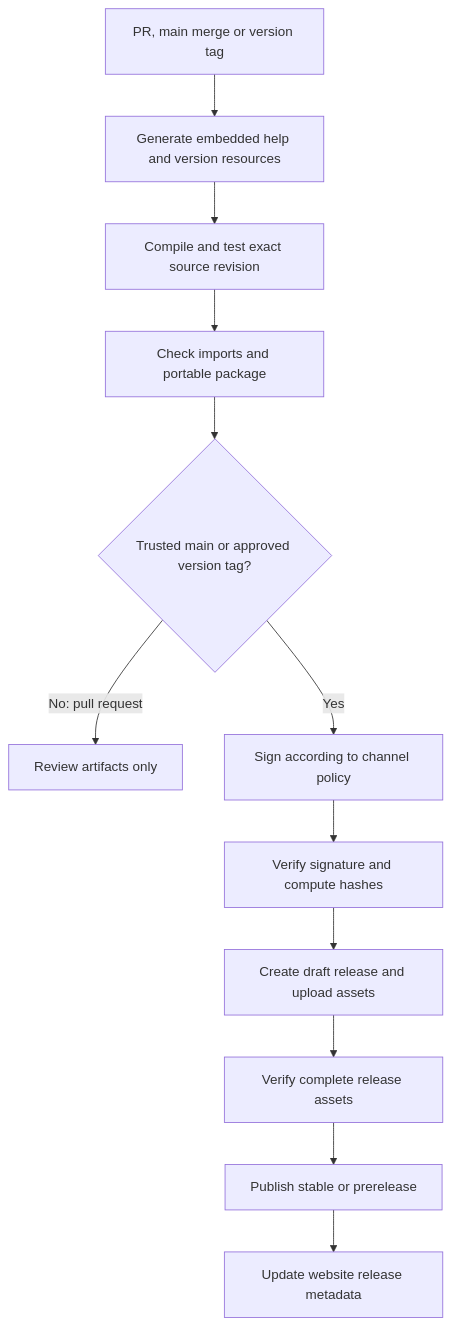
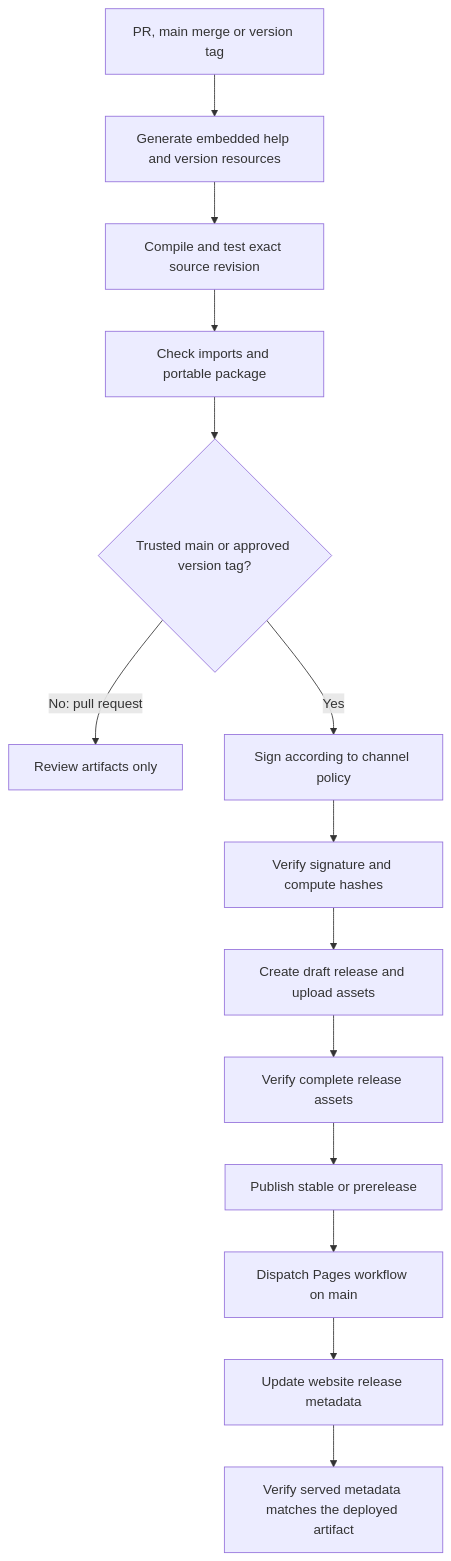
One commit to velocityeu/NetTools changed the diagram in docs/design/release-pipeline.md. Above: the diagram before and after it, drawn with Mermaid. The commit also changed other lines of this file and 4 other files, not shown here.

Commit message:
Refresh release website through main dispatch and verify served metadata

````diff
--- a/docs/design/release-pipeline.md
+++ b/docs/design/release-pipeline.md
@@ -24,14 +24,16 @@
 ```mermaid
 flowchart TD
   Change[PR, main merge or version tag] --> Resources[Generate embedded help and version resources]
   Resources --> Validate[Compile and test exact source revision]
   Validate --> Check[Check imports and portable package]
   Check --> Gate{Trusted main or approved version tag?}
   Gate -->|No: pull request| Artifacts[Review artifacts only]
   Gate -->|Yes| Sign[Sign according to channel policy]
   Sign --> Verify[Verify signature and compute hashes]
   Verify --> Stage[Create draft release and upload assets]
   Stage --> Audit[Verify complete release assets]
   Audit --> Publish[Publish stable or prerelease]
-  Publish --> Web[Update website release metadata]
+  Publish --> Dispatch[Dispatch Pages workflow on main]
+  Dispatch --> Web[Update website release metadata]
+  Web --> Live[Verify served metadata matches the deployed artifact]
 ```
````
